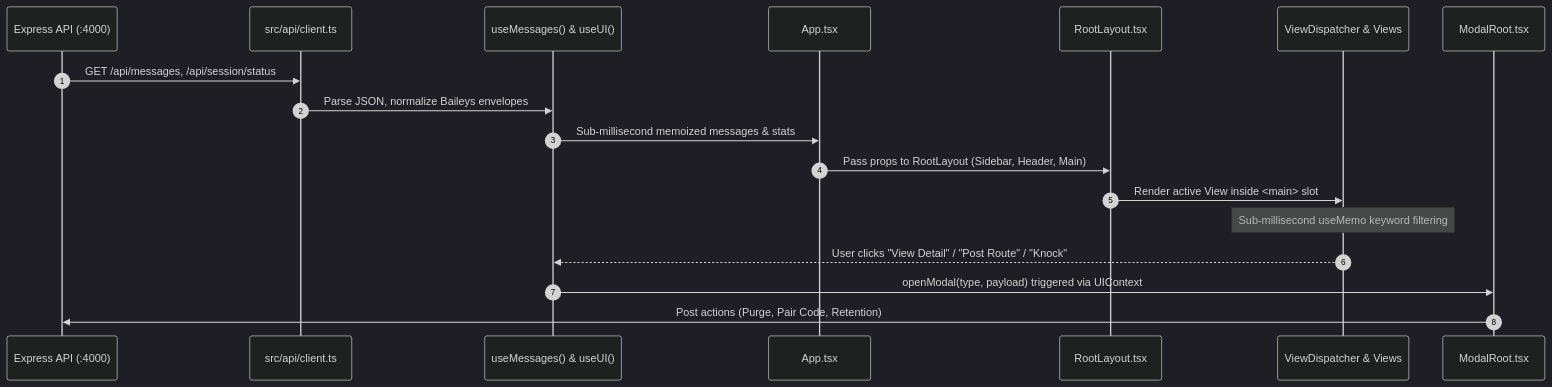
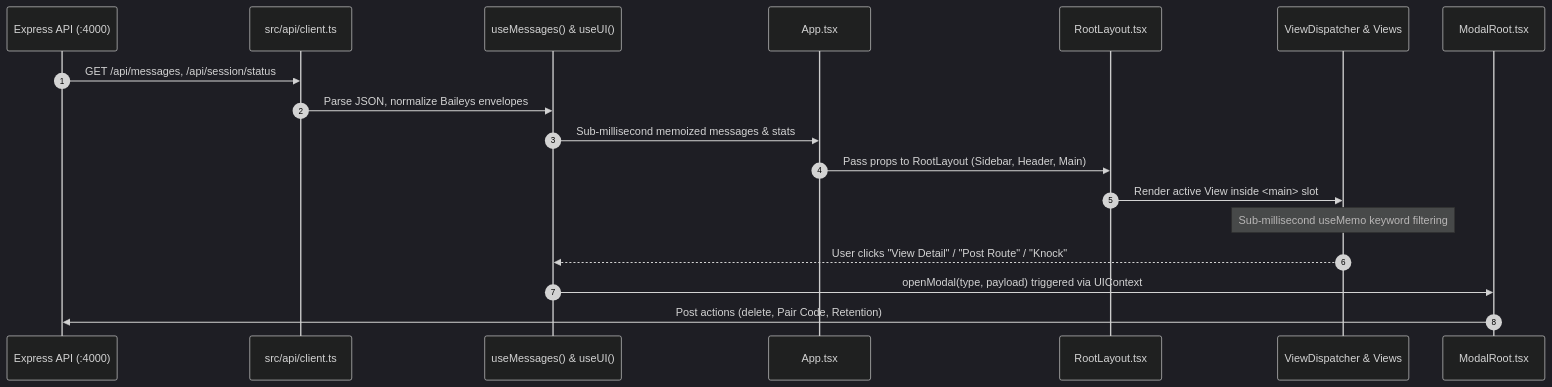
Before and after one commit to Avishekdevnath/wapp-automata: the second of 2 diagrams in frontend/GRAPH_MAP.md, drawn with Mermaid (dark theme). The commit also changed other lines of this file and 37 other files, not shown here.

Commit message:
refactor: modularize SettingsView, rename Purge to Delete, fix tooltip text clipping

````diff
--- a/frontend/GRAPH_MAP.md
+++ b/frontend/GRAPH_MAP.md
@@ -85,21 +85,21 @@
 ```mermaid
 sequenceDiagram
     autonumber
     participant Backend as Express API (:4000)
     participant Client as src/api/client.ts
     participant Hook as useMessages() & useUI()
     participant App as App.tsx
     participant Layout as RootLayout.tsx
     participant View as ViewDispatcher & Views
     participant Modal as ModalRoot.tsx
 
     Backend->>Client: GET /api/messages, /api/session/status
     Client->>Hook: Parse JSON, normalize Baileys envelopes
     Hook->>App: Sub-millisecond memoized messages & stats
     App->>Layout: Pass props to RootLayout (Sidebar, Header, Main)
     Layout->>View: Render active View inside <main> slot
     Note over View: Sub-millisecond useMemo keyword filtering
     View-->>Hook: User clicks "View Detail" / "Post Route" / "Knock"
     Hook->>Modal: openModal(type, payload) triggered via UIContext
-    Modal->>Backend: Post actions (Purge, Pair Code, Retention)
+    Modal->>Backend: Post actions (delete, Pair Code, Retention)
 ```
````
